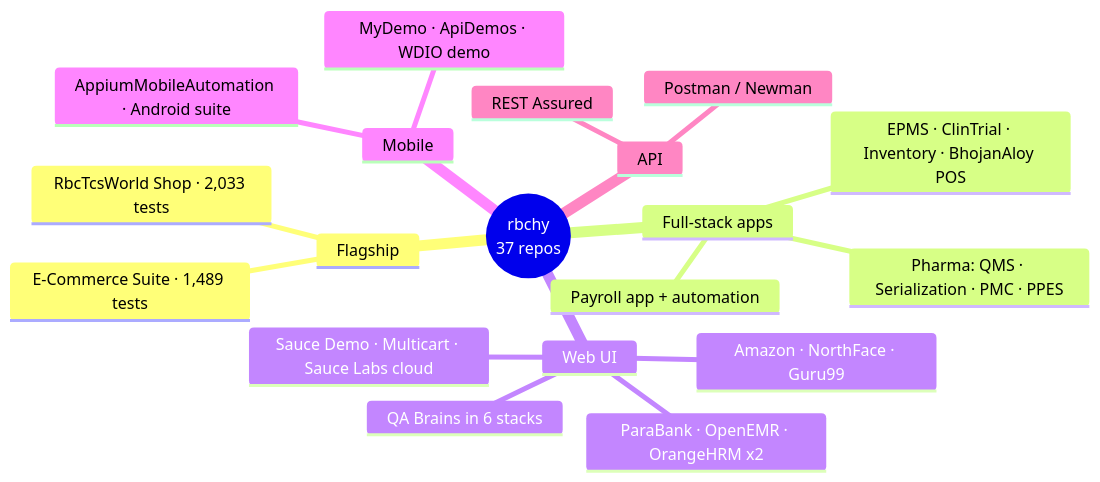
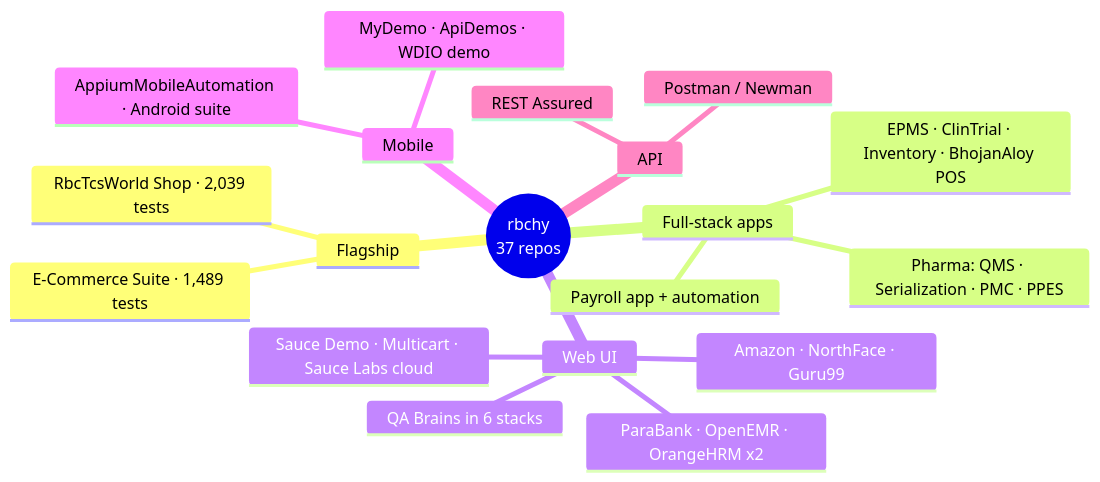
Before and after one commit to rbchy/ranajitchowdhury: the ninth of 14 diagrams in README.md, drawn with Mermaid. The commit also changed other lines of this file and 3 other files, not shown here.

First line of the commit message:
Shop: 2,039 tests after RbcTcsWorld PR #36 (Playwright 1.65, DEF-031, 0 flaky)

````diff
--- a/README.md
+++ b/README.md
@@ -149,22 +149,22 @@
 ```mermaid
 mindmap
   root((rbchy<br/>37 repos))
     Flagship
       E-Commerce Suite · 1,489 tests
-      RbcTcsWorld Shop · 2,033 tests
+      RbcTcsWorld Shop · 2,039 tests
     Full-stack apps
       Pharma: QMS · Serialization · PMC · PPES
       Payroll app + automation
       EPMS · ClinTrial · Inventory · BhojanAloy POS
     Web UI
       QA Brains in 6 stacks
       Amazon · NorthFace · Guru99
       ParaBank · OpenEMR · OrangeHRM x2
       Sauce Demo · Multicart · Sauce Labs cloud
     Mobile
       MyDemo · ApiDemos · WDIO demo
       AppiumMobileAutomation · Android suite
     API
       REST Assured
       Postman / Newman
 ```
````
